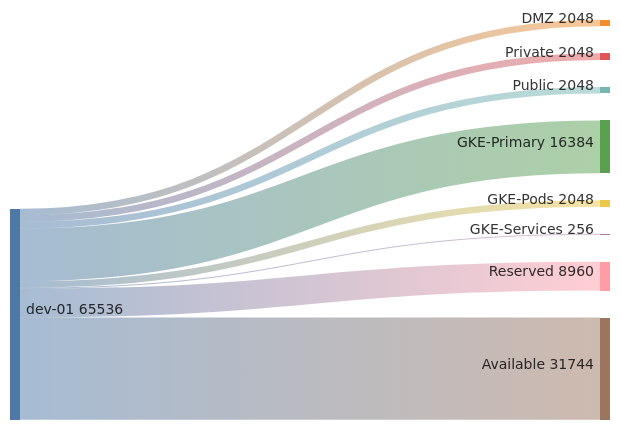
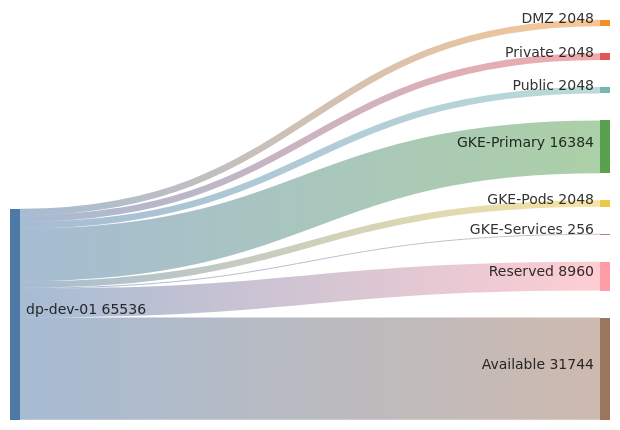
The fourth of 9 diagrams in docs/IP_ALLOCATION.md (spolspol/terragrunt-gcp-org-automation), drawn with Mermaid before and after one commit. The commit also changed other lines of this file and 243 other files, not shown here.

````diff
--- a/docs/IP_ALLOCATION.md
+++ b/docs/IP_ALLOCATION.md
@@ -140,13 +140,13 @@
 ```mermaid
 sankey-beta
 
-%% dev-01 IP Allocation (10.132.0.0/16)
-dev-01,DMZ,2048
-dev-01,Private,2048
-dev-01,Public,2048
-dev-01,GKE-Primary,16384
-dev-01,GKE-Pods,2048
-dev-01,GKE-Services,256
-dev-01,Reserved,8960
-dev-01,Available,31744
+%% dp-dev-01 IP Allocation (10.132.0.0/16)
+dp-dev-01,DMZ,2048
+dp-dev-01,Private,2048
+dp-dev-01,Public,2048
+dp-dev-01,GKE-Primary,16384
+dp-dev-01,GKE-Pods,2048
+dp-dev-01,GKE-Services,256
+dp-dev-01,Reserved,8960
+dp-dev-01,Available,31744
 ```
````
